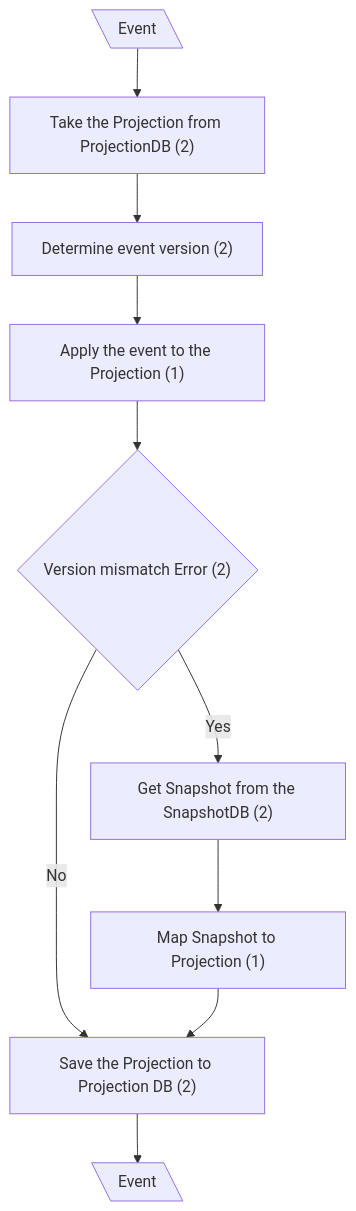
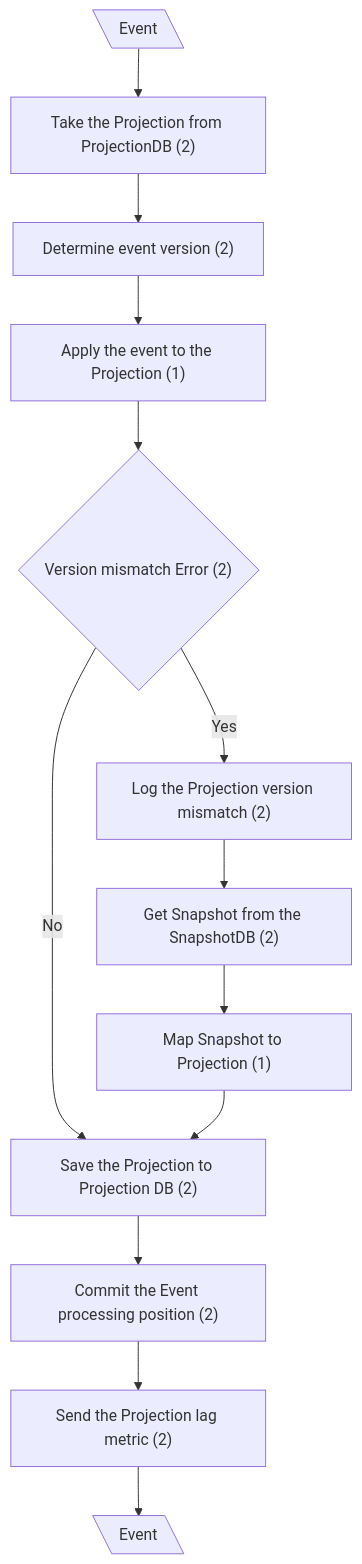
Before and after one commit to dmitryhruzin/CQRS-variations-test: the first of 4 diagrams in docs/CF Complexity/mCQRS -> mCQRS+CoE/eventual consistency.md, drawn with Mermaid. The commit also changed other lines of this file and 21 other files, not shown here.

````diff
--- a/docs/CF Complexity/mCQRS -> mCQRS+CoE/eventual consistency.md
+++ b/docs/CF Complexity/mCQRS -> mCQRS+CoE/eventual consistency.md
@@ -5,14 +5,17 @@
 ```mermaid
 flowchart TD
-  classDef mod stroke:#0f0
+  classDef mod stroke:#f00
   A@{ shape: lean-l, label: "Event" }
   A --> B["Take the Projection from ProjectionDB (2)"]
   B --> C["Determine event version (2)"]
   C --> D["Apply the event to the Projection (1)"]
   D --> E{"Version mismatch Error (2)"}
   E --"No"--> F["Save the Projection to Projection DB (2)"]
-  E --Yes--> H["Get Snapshot from the SnapshotDB (2)"]
+  E --Yes--> LG["Log the Projection version mismatch (2)"]
+  LG --> H["Get Snapshot from the SnapshotDB (2)"]
   H --> L["Map Snapshot to Projection (1)"]
   L --> F
-  F --> M@{ shape: lean-l, label: "Event" }
+  F --> CP["Commit the Event processing position (2)"]
+  CP --> MT["Send the Projection lag metric (2)"]
+  MT --> M@{ shape: lean-l, label: "Event" }
 ```
````
